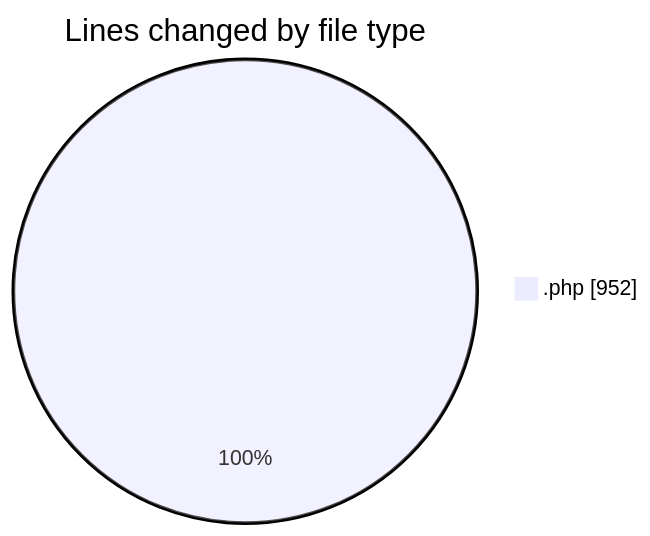
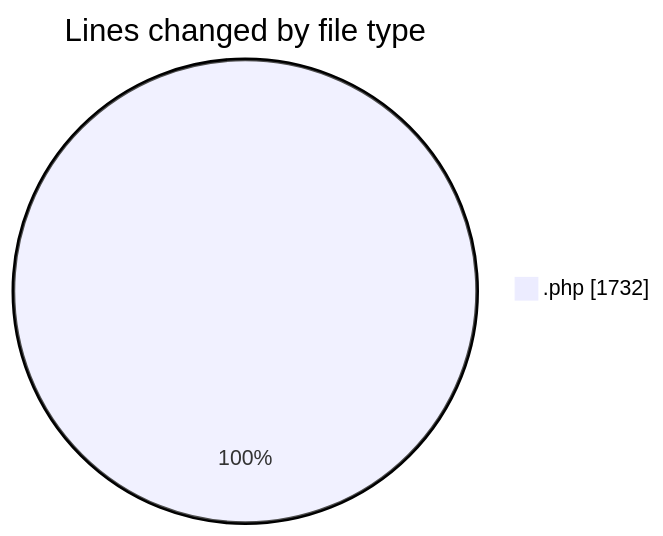
The first of 2 diagrams in 2026-08-28/oficina/README.md (LanceThiago/code-tracking), drawn with Mermaid before and after one commit. The commit also changed other lines of this file and 1 other file, not shown here.

````diff
--- a/2026-08-28/oficina/README.md
+++ b/2026-08-28/oficina/README.md
@@ -20,5 +20,5 @@
 ```mermaid
 pie showData
 title Lines changed by file type
-".php" : 952
+".php" : 1732
 ```
````
